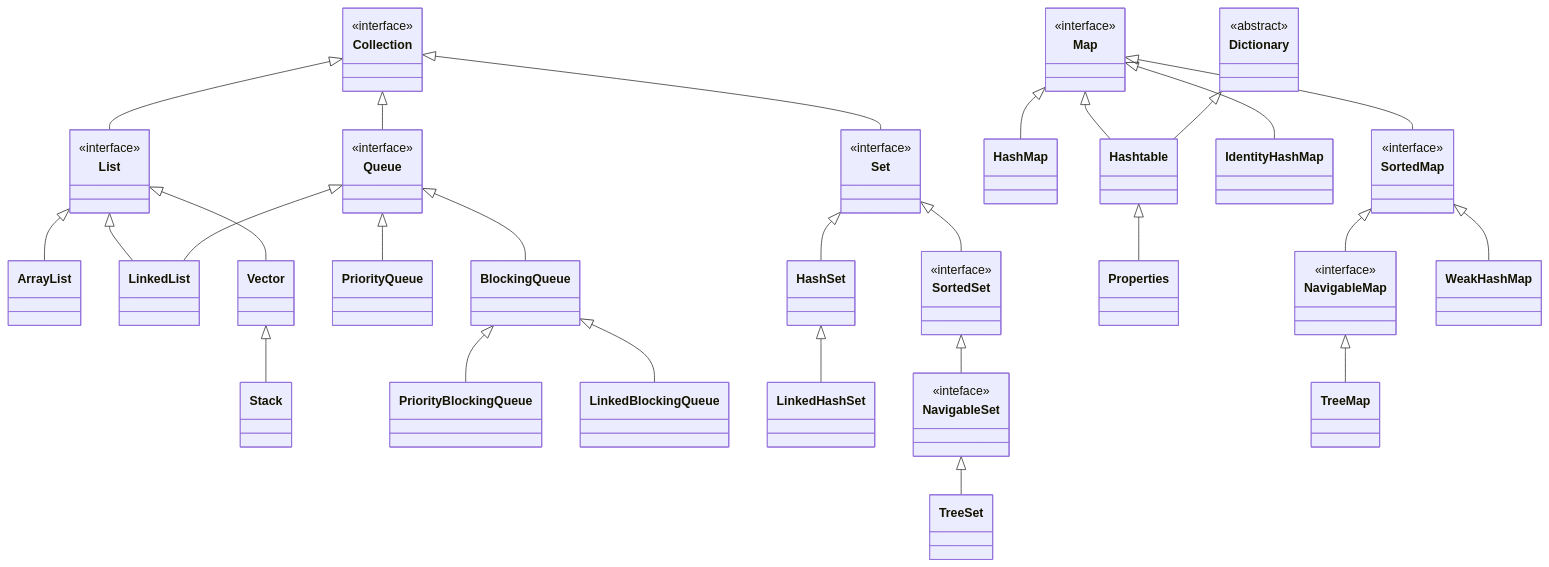
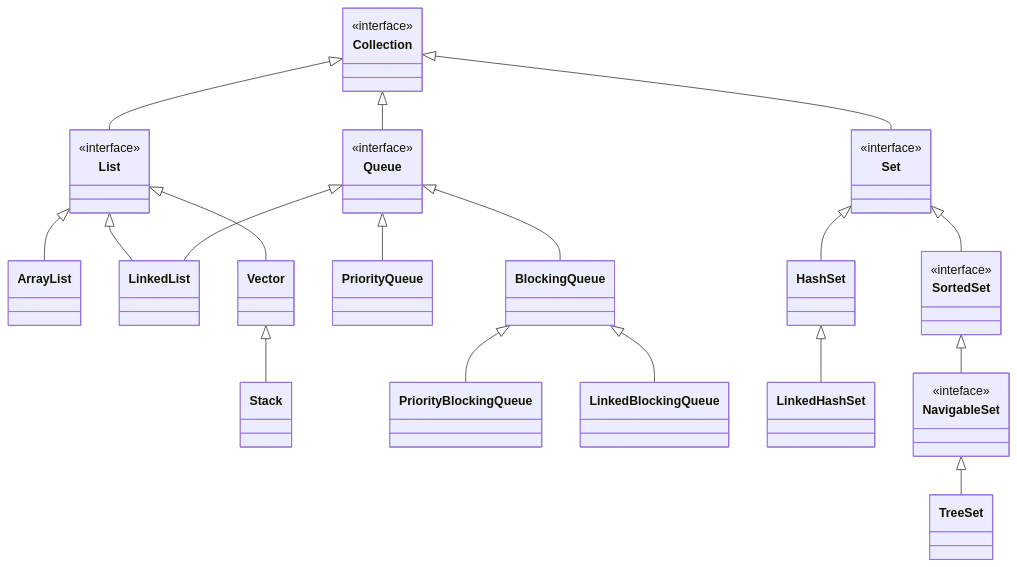
One commit to chinootes/cs changed the first of 2 diagrams in notes/lang.java.lib.collection.md. Above: the diagram before and after it, drawn with Mermaid.

Commit message:
collection diagram split

````diff
--- a/notes/lang.java.lib.collection.md
+++ b/notes/lang.java.lib.collection.md
@@ -73,28 +73,4 @@
         %%%%%%%%%%%%%%%%%%%%%%%%%%%%%%%%%%%%%%%%%%%%%%%%
         %%%%%%%%%%%%%%%%%%%%%%%%%%%%%%%%%%%%%%%%%%%%%%%%
         %%%%%%%%%%%%%%%%%%%%%%%%%%%%%%%%%%%%%%%%%%%%%%%%
-        class Map
-        <<interface>> Map
-            class HashMap
-            class Hashtable
-                class Properties
-            class IdentityHashMap
-            class SortedMap
-            <<interface>> SortedMap
-                class NavigableMap
-                <<interface>> NavigableMap
-                    class TreeMap
-                class WeakHashMap
-            class Dictionary
-            <<abstract>> Dictionary
-
-        Map <|-- HashMap
-        Map <|-- Hashtable
-        Dictionary <|-- Hashtable
-                    Hashtable <|-- Properties
-        Map <|-- IdentityHashMap
-        Map <|-- SortedMap
-            SortedMap <|-- NavigableMap                                        
-                NavigableMap <|-- TreeMap
-            SortedMap <|-- WeakHashMap
 ```
````
